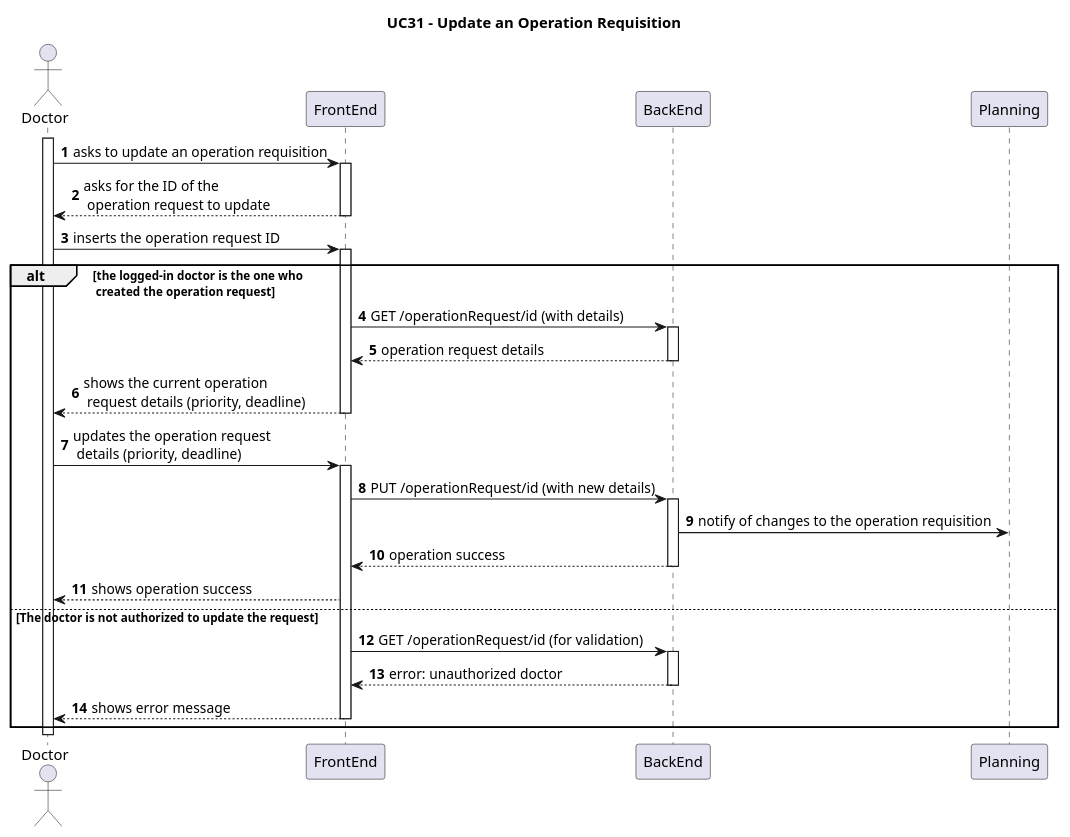
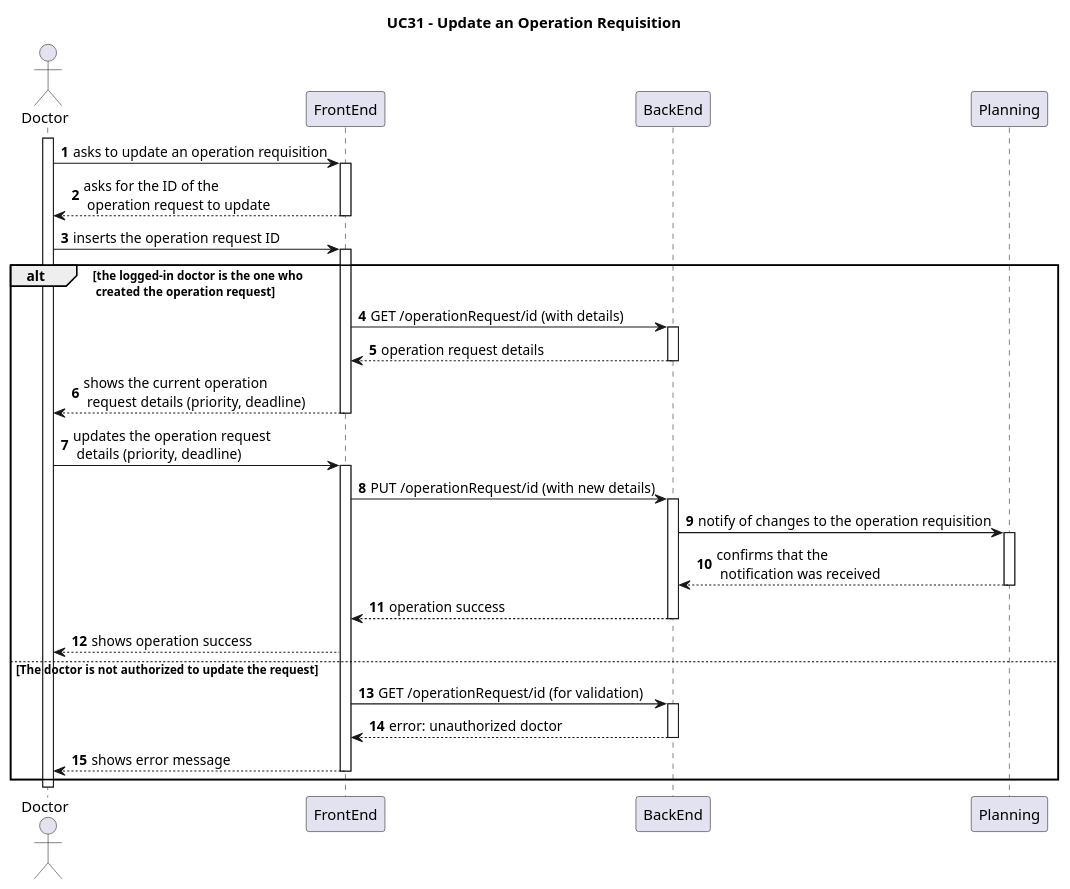
The diagram in Wiki/SprintA/diagrams/use-cases/31-update-an-operation-requisition/level2/process-view.puml (MiguelCardoso77/SurgicalSync-BackEnd), drawn with PlantUML before and after one commit. The commit also changed 1 other file, not shown here.

Commit message:
Fixing the level 2 - process view diagram #17

```diff
--- a/Wiki/SprintA/diagrams/use-cases/31-update-an-operation-requisition/level2/process-view.puml
+++ b/Wiki/SprintA/diagrams/use-cases/31-update-an-operation-requisition/level2/process-view.puml
@@ -1,74 +1,80 @@
 @startuml
 autonumber
 
 Title "UC31 - Update an Operation Requisition"
 
 actor "Doctor" as D 
 
 participant "FrontEnd" as FE
 participant "BackEnd" as BE
 participant "Planning" as P
 
 activate D
 
 D -> FE: asks to update an operation requisition
 
 activate FE
 
 FE --> D: asks for the ID of the \n operation request to update
 
 deactivate FE
 
 D -> FE: inserts the operation request ID
 
 alt the logged-in doctor is the one who \n created the operation request
 
     activate FE
 
     FE -> BE: GET /operationRequest/id (with details)
     
     activate BE
 
     BE --> FE: operation request details
     
     deactivate BE
 
     FE --> D: shows the current operation \n request details (priority, deadline)
 
     deactivate FE
 
     D -> FE: updates the operation request \n details (priority, deadline)
 
     activate FE
     
     FE -> BE: PUT /operationRequest/id (with new details)
     
     activate BE
         
     BE -> P: notify of changes to the operation requisition
     
+    activate P
+    
+    P --> BE : confirms that the  \n notification was received
+    
+    deactivate P 
+    
     BE --> FE: operation success
     
     deactivate BE
     
     FE --> D: shows operation success
 
 else The doctor is not authorized to update the request
 
     FE -> BE: GET /operationRequest/id (for validation)
     
     activate BE
     
     BE --> FE: error: unauthorized doctor
     
     deactivate BE
     
     FE --> D: shows error message
     
     deactivate FE
 
 end
 
 deactivate D
 
 @enduml
```
